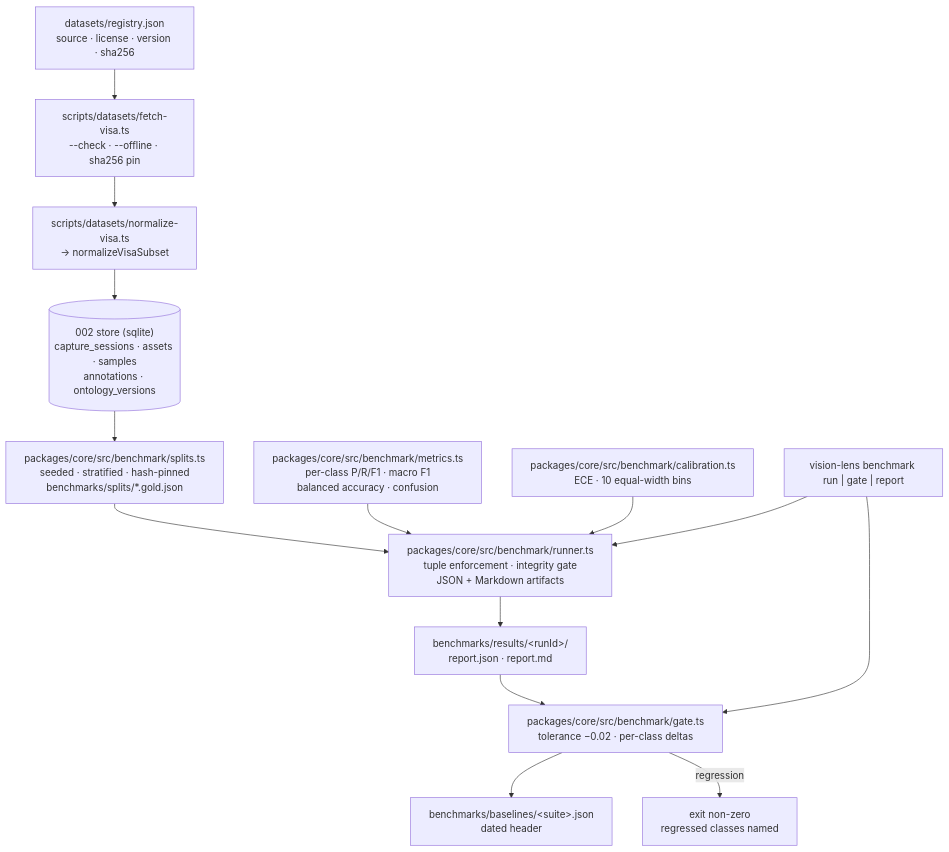
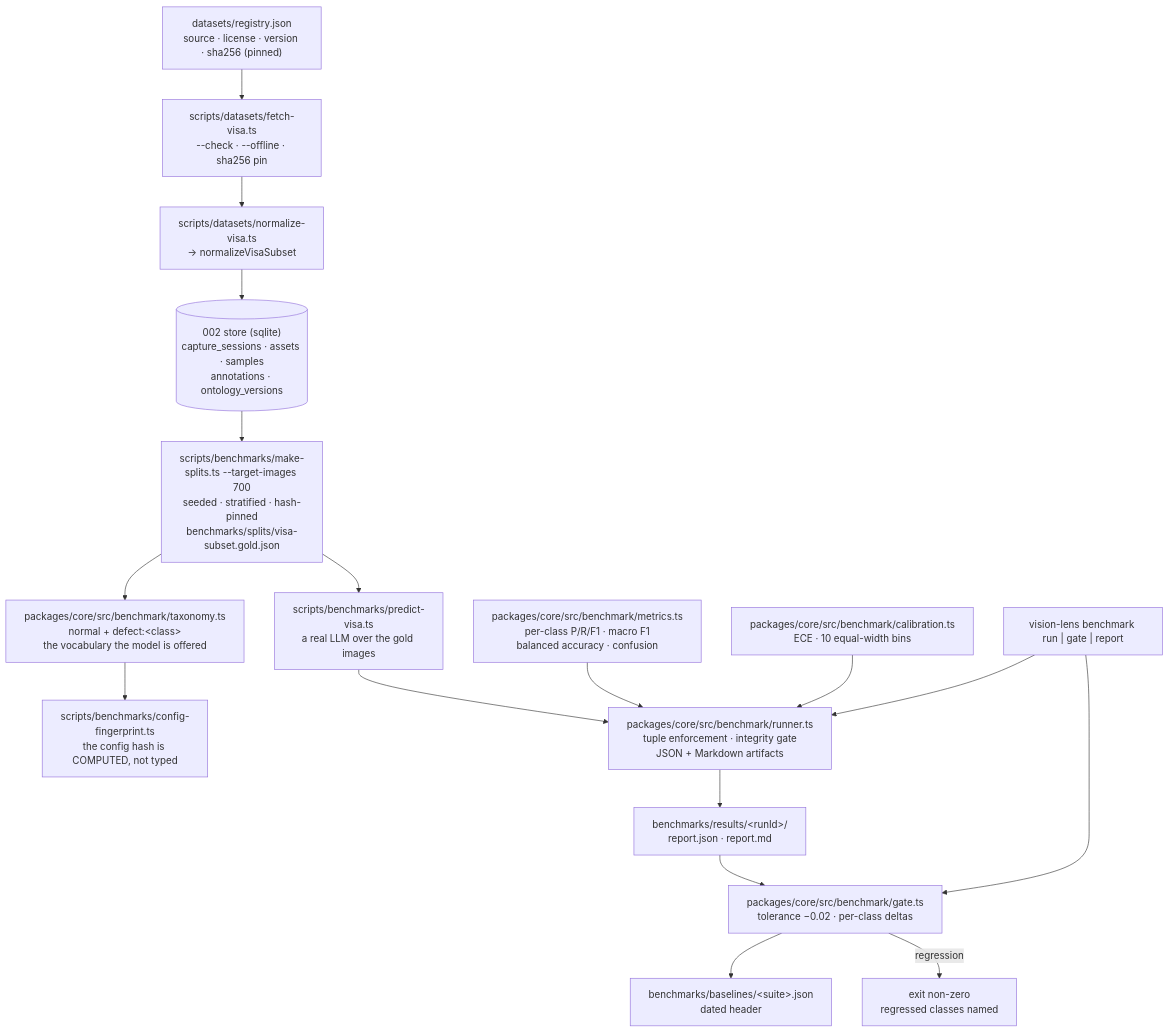
One commit to erikunha/LAIbemage changed the first of 2 diagrams in docs/architecture/benchmark.md. Above: the diagram before and after it, drawn with Mermaid. The commit also changed other lines of this file and 5 other files, not shown here.

First line of the commit message:
docs(benchmark): tell the truth about the first real measurement

````diff
--- a/docs/architecture/benchmark.md
+++ b/docs/architecture/benchmark.md
@@ -25,26 +26,32 @@
 ```mermaid
 flowchart TD
-    REG["datasets/registry.json<br/>source · license · version · sha256"]
+    REG["datasets/registry.json<br/>source · license · version · sha256 (pinned)"]
     FETCH["scripts/datasets/fetch-visa.ts<br/>--check · --offline · sha256 pin"]
     NORM["scripts/datasets/normalize-visa.ts<br/>→ normalizeVisaSubset"]
     STORE[("002 store (sqlite)<br/>capture_sessions · assets · samples<br/>annotations · ontology_versions")]
-    SPLIT["packages/core/src/benchmark/splits.ts<br/>seeded · stratified · hash-pinned<br/>benchmarks/splits/*.gold.json"]
+    SPLIT["scripts/benchmarks/make-splits.ts --target-images 700<br/>seeded · stratified · hash-pinned<br/>benchmarks/splits/visa-subset.gold.json"]
+    TAX["packages/core/src/benchmark/taxonomy.ts<br/>normal + defect:&lt;class&gt;<br/>the vocabulary the model is offered"]
+    FP["scripts/benchmarks/config-fingerprint.ts<br/>the config hash is COMPUTED, not typed"]
+    PRED["scripts/benchmarks/predict-visa.ts<br/>a real LLM over the gold images"]
     METRICS["packages/core/src/benchmark/metrics.ts<br/>per-class P/R/F1 · macro F1<br/>balanced accuracy · confusion"]
     CALIB["packages/core/src/benchmark/calibration.ts<br/>ECE · 10 equal-width bins"]
     RUNNER["packages/core/src/benchmark/runner.ts<br/>tuple enforcement · integrity gate<br/>JSON + Markdown artifacts"]
     GATE["packages/core/src/benchmark/gate.ts<br/>tolerance −0.02 · per-class deltas"]
     CLI["vision-lens benchmark run | gate | report"]
     ART["benchmarks/results/&lt;runId&gt;/<br/>report.json · report.md"]
     BASE["benchmarks/baselines/&lt;suite&gt;.json<br/>dated header"]
 
     REG --> FETCH --> NORM --> STORE --> SPLIT
-    SPLIT --> RUNNER
+    SPLIT --> TAX
+    TAX --> FP
+    SPLIT --> PRED
+    PRED --> RUNNER
     METRICS --> RUNNER
     CALIB --> RUNNER
     RUNNER --> ART
     CLI --> RUNNER
     CLI --> GATE
     ART --> GATE
     GATE --> BASE
     GATE -- "regression" --> FAIL["exit non-zero<br/>regressed classes named"]
 ```
````
